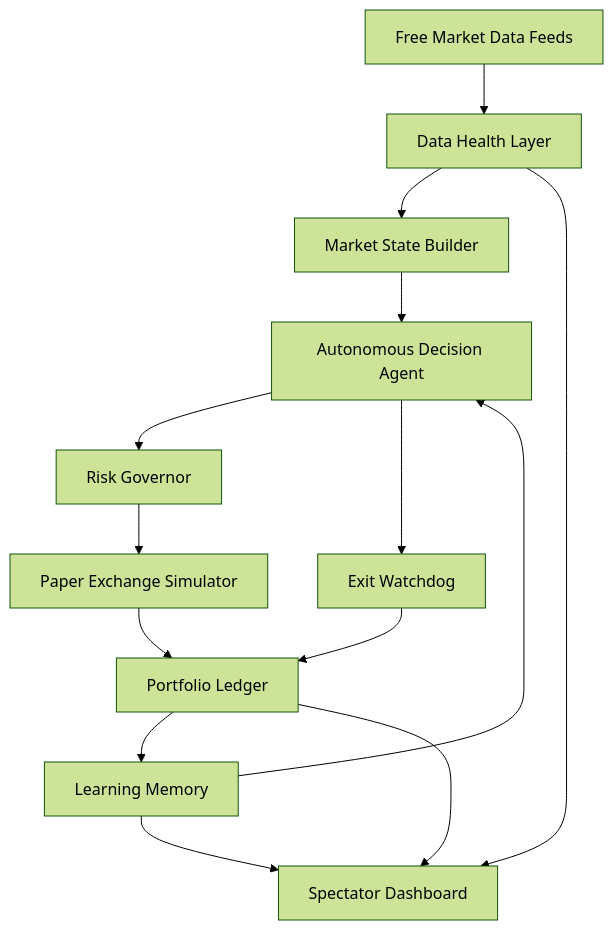
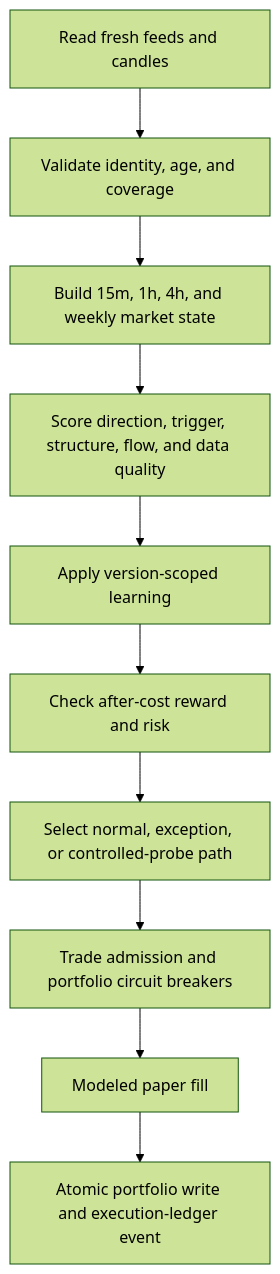
The second of 2 diagrams in docs/ARCHITECTURE.md (tejashendre/AI-paper-trading-agent), drawn with Mermaid (forest theme) before and after one commit. The commit also changed other lines of this file and 14 other files, not shown here.

Commit message:
Harden post-reset research and chart transparency

````diff
--- a/docs/ARCHITECTURE.md
+++ b/docs/ARCHITECTURE.md
@@ -9,16 +53,12 @@
 ```mermaid
 flowchart TD
-    A["Free Market Data Feeds"] --> B["Data Health Layer"]
-    B --> C["Market State Builder"]
-    C --> D["Autonomous Decision Agent"]
-    D --> E["Risk Governor"]
-    E --> F["Paper Exchange Simulator"]
-    F --> G["Portfolio Ledger"]
-    G --> H["Learning Memory"]
-    H --> D
-    D --> I["Exit Watchdog"]
-    I --> G
-    G --> J["Spectator Dashboard"]
-    B --> J
-    H --> J
+    A["Read fresh feeds and candles"] --> B["Validate identity, age, and coverage"]
+    B --> C["Build 15m, 1h, 4h, and weekly market state"]
+    C --> D["Score direction, trigger, structure, flow, and data quality"]
+    D --> E["Apply version-scoped learning"]
+    E --> F["Check after-cost reward and risk"]
+    F --> G["Select normal, exception, or controlled-probe path"]
+    G --> H["Trade admission and portfolio circuit breakers"]
+    H --> I["Modeled paper fill"]
+    I --> J["Atomic portfolio write and execution-ledger event"]
 ```
````
